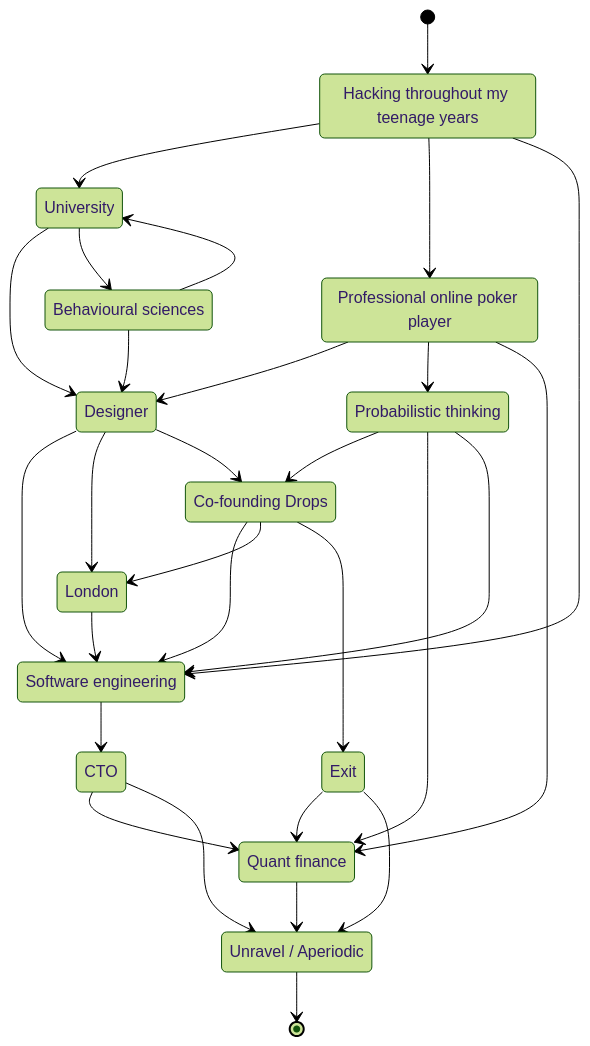
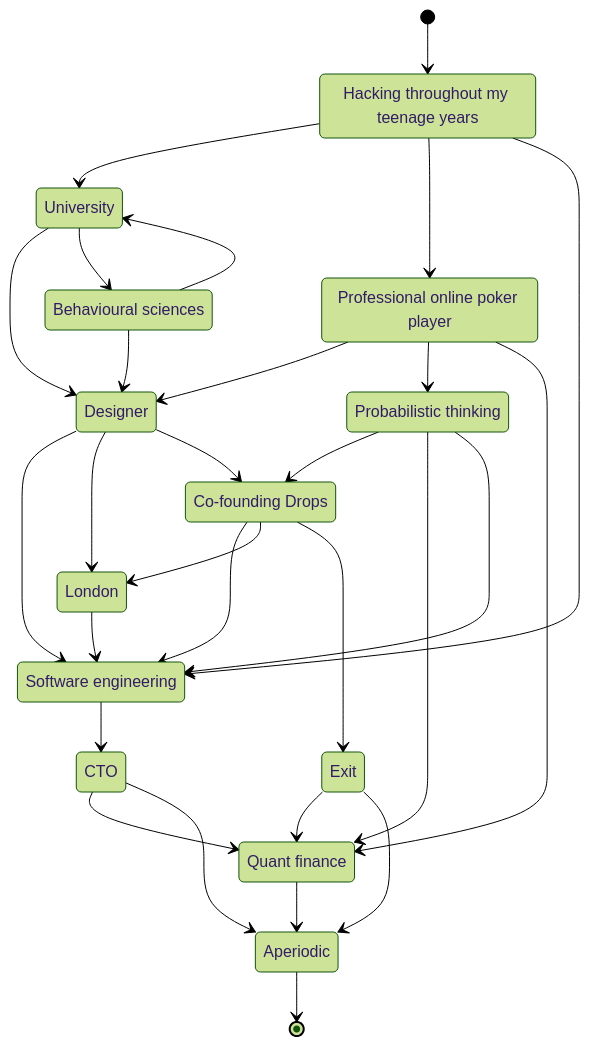
The diagram in content/_index.md (almostintuitive/almostintuitive.github.io), drawn with Mermaid (forest theme) before and after one commit. The commit also changed other lines of this file and 1 other file, not shown here.

Commit message:
Link Aperiodic from homepage and article (#7)

```diff
--- a/content/_index.md
+++ b/content/_index.md
@@ -22,41 +22,41 @@
 {{< mermaid >}}
 
 stateDiagram
   state "Hacking throughout my teenage years" as HackingThroughoutMyTeenageYears
   state "Professional online poker player" as ProfessionalOnlinePokerPlayer
   state "Behavioural sciences" as BehaviouralSciences
   state "Probabilistic thinking" as ProbabilisticThinking
   state "Co-founding Drops" as CoFoundingDrops
   state "Software engineering" as SoftwareEngineering
   state "Quant finance" as QuantFinance
-  state "Unravel / Aperiodic" as UnravelAperiodic
+  state "Aperiodic" as UnravelAperiodic
 
   [*] --> HackingThroughoutMyTeenageYears
   HackingThroughoutMyTeenageYears --> University
   HackingThroughoutMyTeenageYears --> ProfessionalOnlinePokerPlayer
   University --> Designer
   University --> BehaviouralSciences
   BehaviouralSciences --> University
   BehaviouralSciences --> Designer
   ProfessionalOnlinePokerPlayer --> Designer
   ProfessionalOnlinePokerPlayer --> ProbabilisticThinking
   ProfessionalOnlinePokerPlayer --> QuantFinance
   ProbabilisticThinking --> CoFoundingDrops
   ProbabilisticThinking --> QuantFinance
   CoFoundingDrops --> SoftwareEngineering
   Designer --> SoftwareEngineering
   Designer --> London
   London --> SoftwareEngineering
   Designer --> CoFoundingDrops
   CoFoundingDrops --> London
   HackingThroughoutMyTeenageYears --> SoftwareEngineering
   ProbabilisticThinking --> SoftwareEngineering
   SoftwareEngineering --> CTO
   CTO --> QuantFinance
   CTO --> UnravelAperiodic
   CoFoundingDrops --> Exit
   Exit --> QuantFinance
   Exit --> UnravelAperiodic
   QuantFinance --> UnravelAperiodic
   UnravelAperiodic --> [*]
 {{< /mermaid >}}
```
